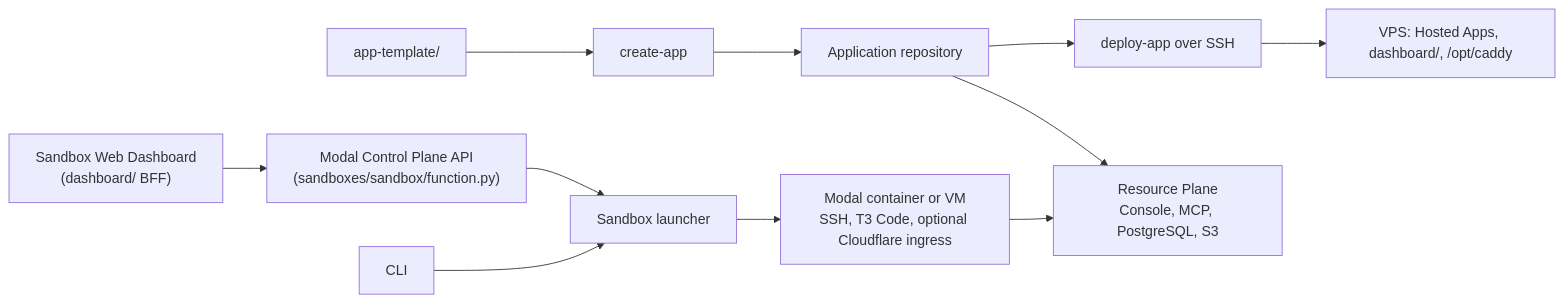
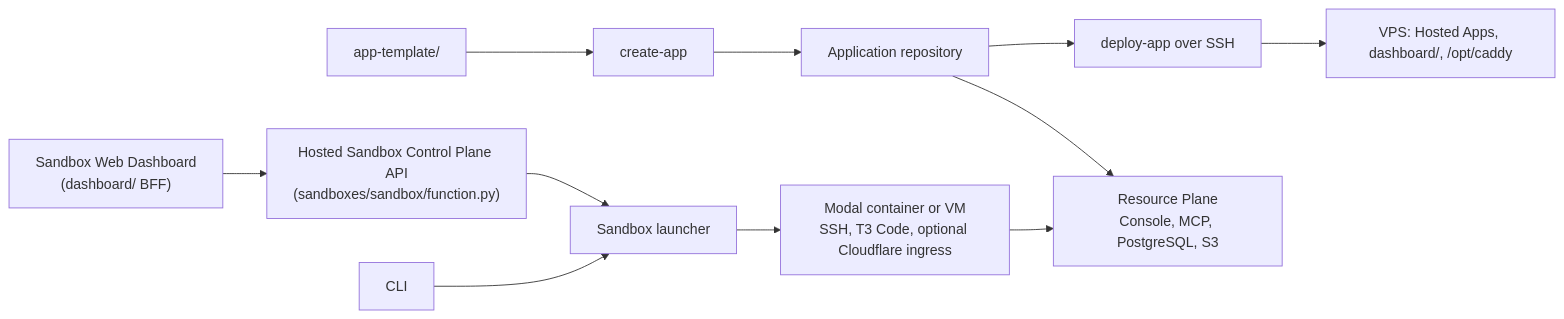
The diagram in readme.md (YoungMahesh/software-factory), drawn with Mermaid before and after one commit. The commit also changed other lines of this file and 24 other files, not shown here.

````diff
--- a/readme.md
+++ b/readme.md
@@ -14,13 +14,13 @@
 ```mermaid
 flowchart LR
     CLI["CLI"] --> Launcher["Sandbox launcher"]
-    Dashboard["Sandbox Web Dashboard<br/>(dashboard/ BFF)"] --> ControlPlane["Modal Control Plane API<br/>(sandboxes/sandbox/function.py)"]
+    Dashboard["Sandbox Web Dashboard<br/>(dashboard/ BFF)"] --> ControlPlane["Hosted Sandbox Control Plane API<br/>(sandboxes/sandbox/function.py)"]
     ControlPlane --> Launcher
     Launcher --> Sandbox["Modal container or VM<br/>SSH, T3 Code, optional Cloudflare ingress"]
     Template["app-template/"] --> Scaffold["create-app"]
     Scaffold --> App["Application repository"]
     App --> Deploy["deploy-app over SSH"]
     Deploy --> VPS["VPS: Hosted Apps, dashboard/, /opt/caddy"]
     Sandbox --> Resources["Resource Plane<br/>Console, MCP, PostgreSQL, S3"]
     App --> Resources
 ```
````
